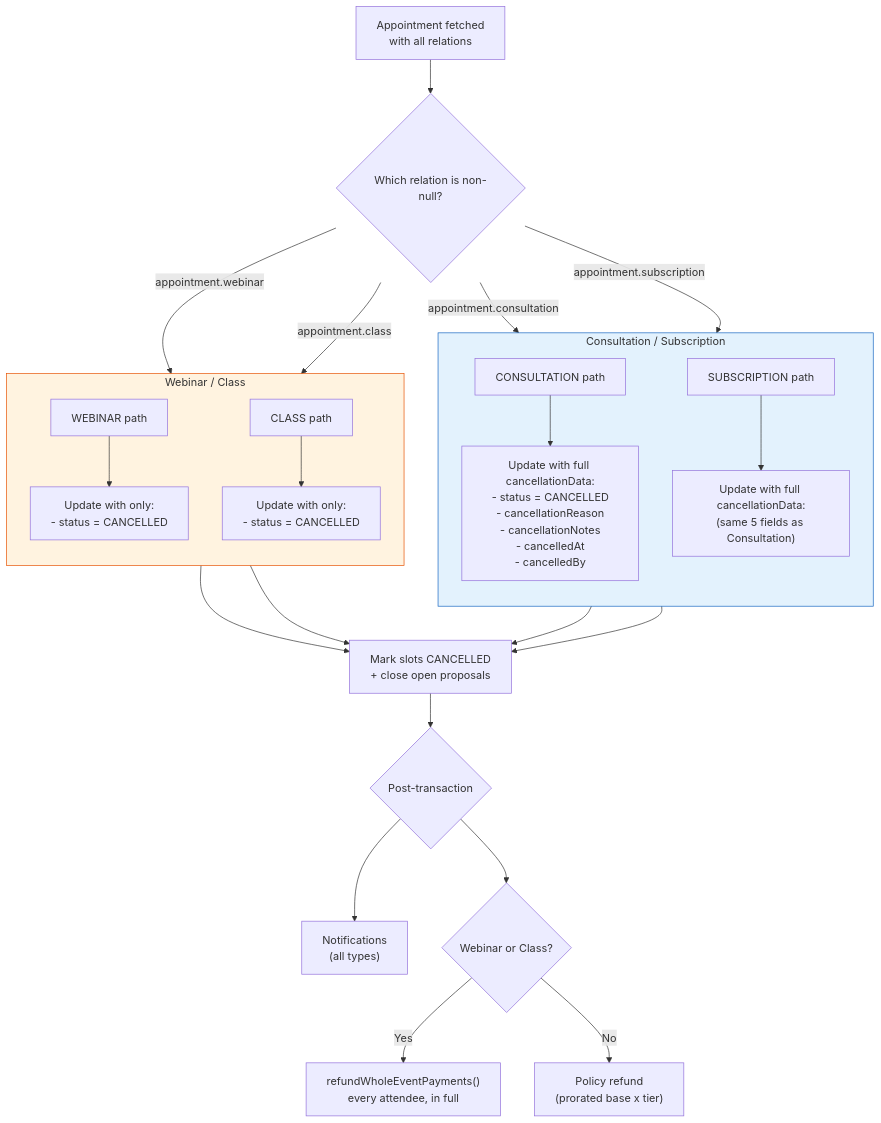
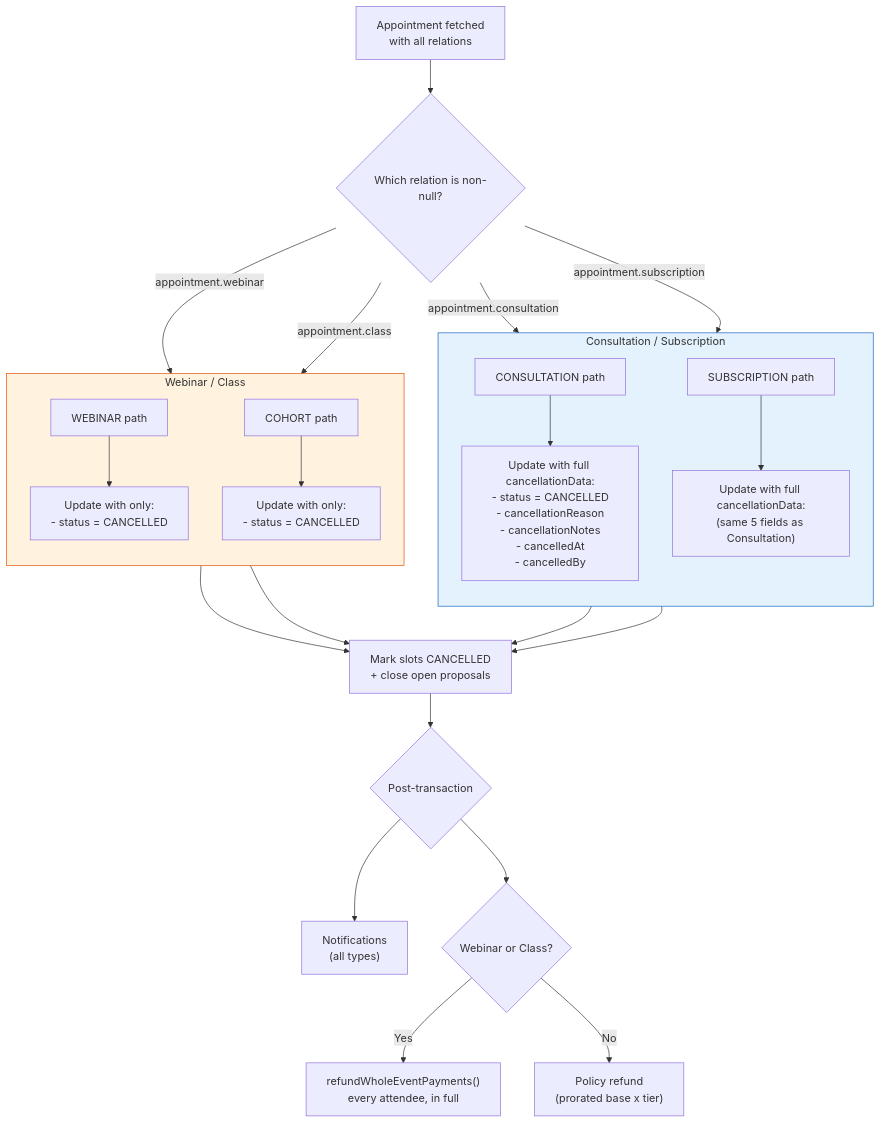
One commit to Practitionist/familiarise_web changed the sixth of 14 diagrams in docs/booking/08-cancellation-flow.md. Above: the diagram before and after it, drawn with Mermaid. The commit also changed other lines of this file and 89 other files, not shown here.

````diff
--- a/docs/booking/08-cancellation-flow.md
+++ b/docs/booking/08-cancellation-flow.md
@@ -698,35 +698,35 @@
 ```mermaid
 flowchart TD
     A["Appointment fetched\nwith all relations"] --> B{Which relation is non-null?}
 
     B -->|"appointment.consultation"| C["CONSULTATION path"]
     B -->|"appointment.subscription"| D["SUBSCRIPTION path"]
     B -->|"appointment.webinar"| E["WEBINAR path"]
-    B -->|"appointment.class"| F["CLASS path"]
+    B -->|"appointment.class"| F["COHORT path"]
 
     subgraph Consultation["Consultation / Subscription"]
         direction TB
         C --> C1["Update with full cancellationData:\n- status = CANCELLED\n- cancellationReason\n- cancellationNotes\n- cancelledAt\n- cancelledBy"]
         D --> D1["Update with full cancellationData:\n(same 5 fields as Consultation)"]
     end
 
     subgraph GroupEvent["Webinar / Class"]
         direction TB
         E --> E1["Update with only:\n- status = CANCELLED"]
         F --> F1["Update with only:\n- status = CANCELLED"]
     end
 
     C1 --> G["Mark slots CANCELLED\n+ close open proposals"]
     D1 --> G
     E1 --> G
     F1 --> G
 
     G --> H{Post-transaction}
     H --> I["Notifications\n(all types)"]
     H --> J{Webinar or Class?}
     J -->|Yes| J1["refundWholeEventPayments()\nevery attendee, in full"]
     J -->|No| J2["Policy refund\n(prorated base x tier)"]
 
     style Consultation fill:#e3f2fd,stroke:#1565c0
     style GroupEvent fill:#fff3e0,stroke:#e65100
 ```
````
